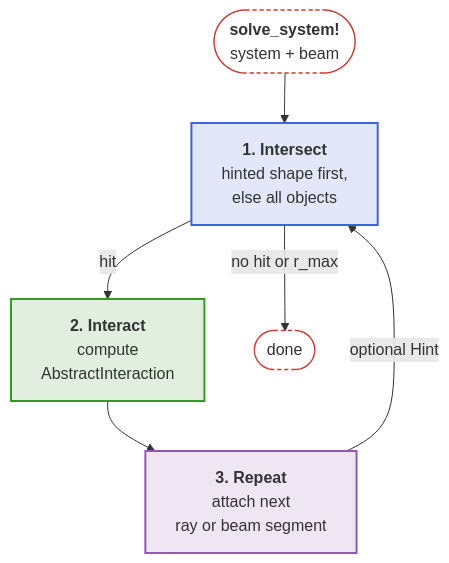
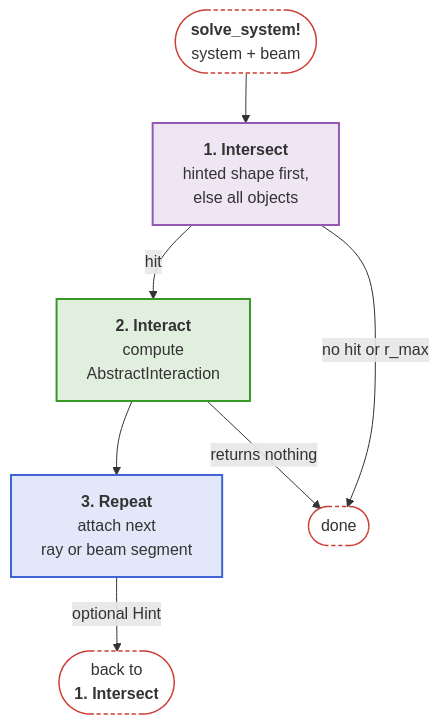
Before and after one commit to JuliaPhysics/BeamletOptics.jl: the first of 6 diagrams in docs/src/api/core.md, drawn with Mermaid. The commit also changed other lines of this file and 94 other files, not shown here.

````diff
--- a/docs/src/api/core.md
+++ b/docs/src/api/core.md
@@ -15,17 +15,18 @@
 ```mermaid
 flowchart TB
     S(["<b>solve_system!</b><br/>system + beam"]) --> I
     I["<b>1. Intersect</b><br/>hinted shape first,<br/>else all objects"] -- hit --> X["<b>2. Interact</b><br/>compute<br/>AbstractInteraction"]
     X --> R["<b>3. Repeat</b><br/>attach next<br/>ray or beam segment"]
-    R -- "optional Hint" --> I
+    R -- "optional Hint" --> B(["back to<br/><b>1. Intersect</b>"])
     I -- "no hit or r_max" --> E([done])
+    X -- "returns nothing" --> E
 
     classDef blue fill:#4063D826,stroke:#4063D8,stroke-width:2px
     classDef green fill:#38982626,stroke:#389826,stroke-width:2px
     classDef purple fill:#9558B226,stroke:#9558B2,stroke-width:2px
     classDef terminal fill:transparent,stroke:#CB3C33,stroke-width:1.5px,stroke-dasharray:4 3
-    class I blue
+    class I purple
     class X green
-    class R purple
-    class S,E terminal
+    class R blue
+    class S,E,B terminal
 ```
````
